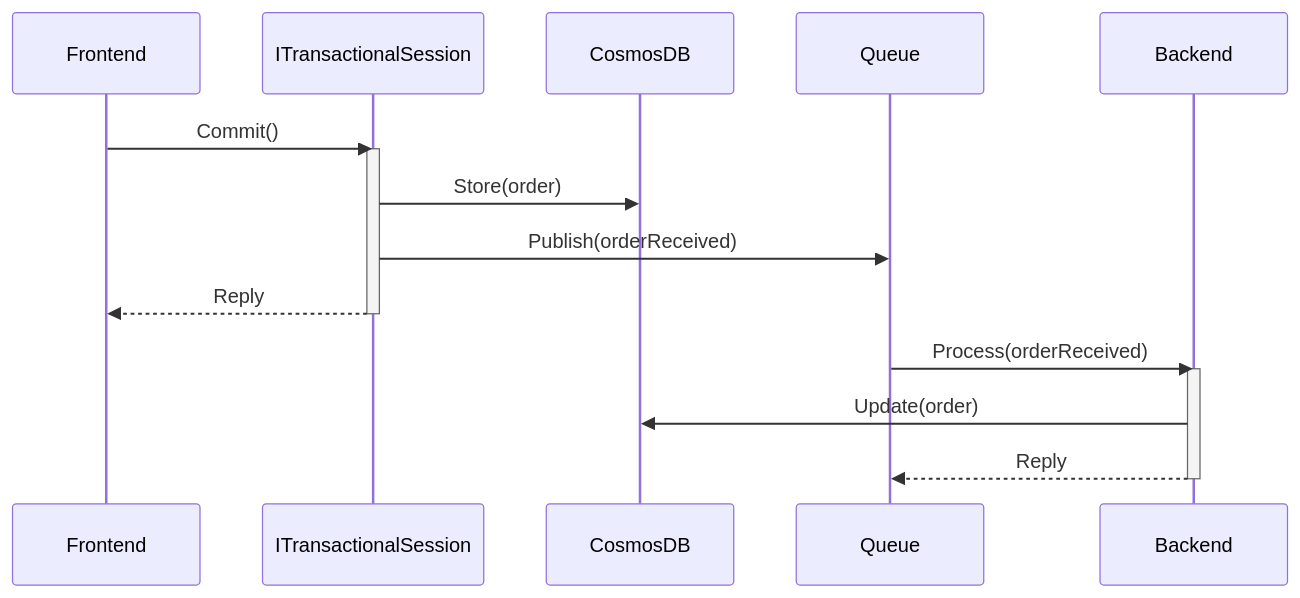
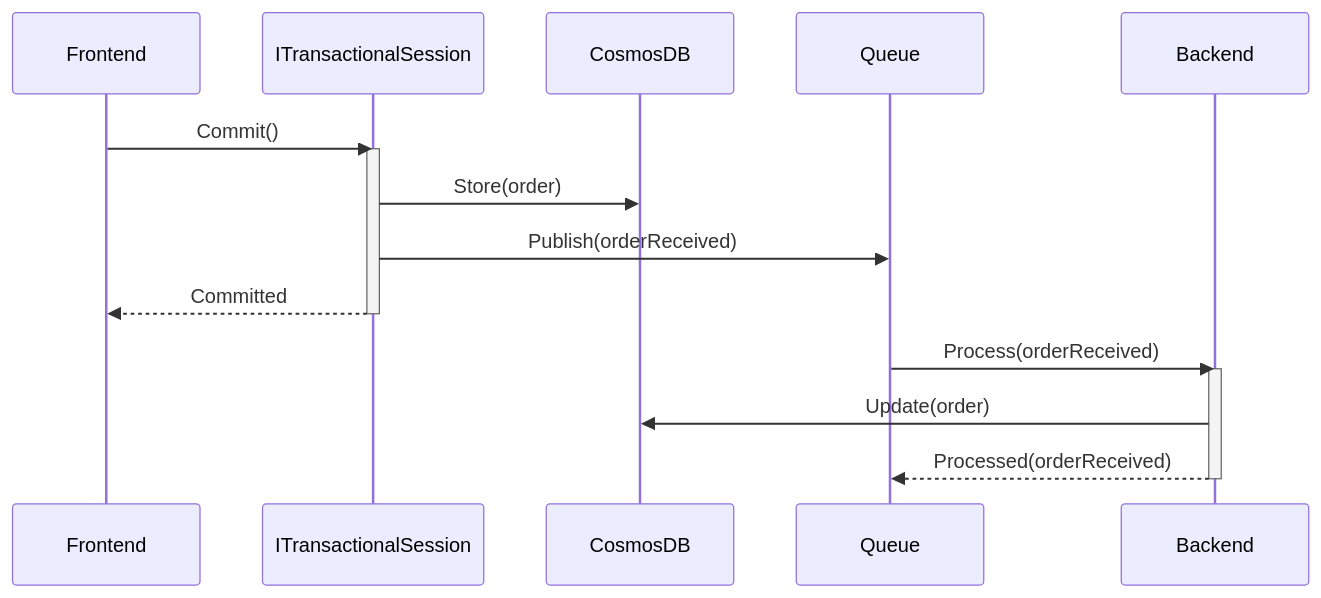
Before and after one commit to Particular/docs.particular.net: the diagram in samples/transactional-session/cosmosdb/sample.md, drawn with Mermaid.

Commit message:
Fix the labels

````diff
--- a/samples/transactional-session/cosmosdb/sample.md
+++ b/samples/transactional-session/cosmosdb/sample.md
@@ -20,14 +20,14 @@
 ```mermaid
 sequenceDiagram
     Frontend->>ITransactionalSession: Commit()
     activate ITransactionalSession
     ITransactionalSession->>CosmosDB: Store(order)
     ITransactionalSession->>Queue: Publish(orderReceived)
-    ITransactionalSession-->>Frontend: Reply
+    ITransactionalSession-->>Frontend: Committed
     deactivate ITransactionalSession
     Queue->>Backend: Process(orderReceived)
     activate Backend
     Backend->>CosmosDB: Update(order)
-    Backend-->>Queue: Reply
+    Backend-->>Queue: Processed(orderReceived)
     deactivate Backend
 ```
````
